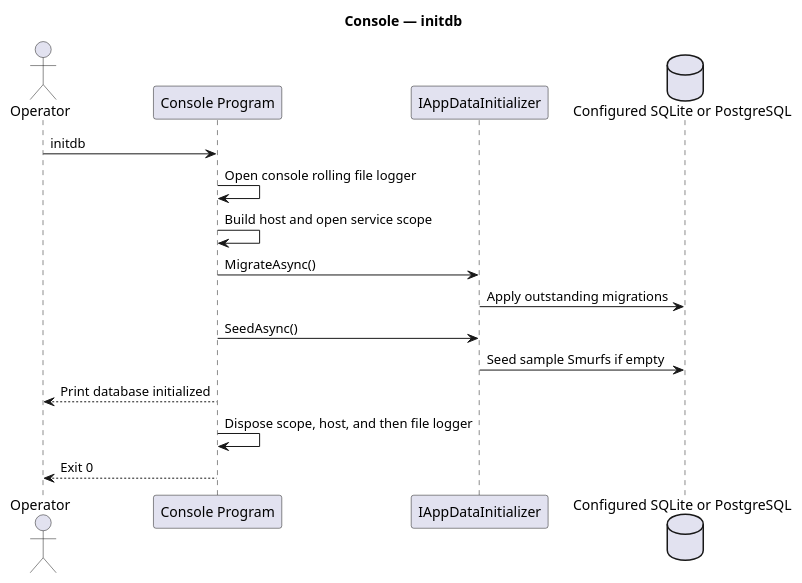
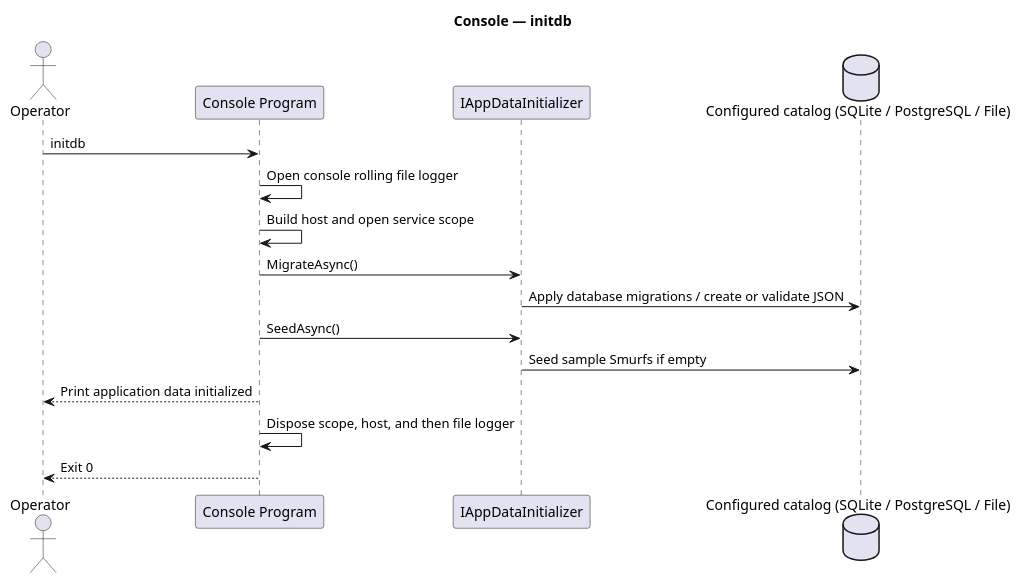
One commit to EbbeMeloSorensen/Smurfs changed the diagram in docs/behavioral/diagrams/console-initdb.puml. Above: the diagram before and after it, drawn with PlantUML. The commit also changed 35 other files, not shown here.

```diff
--- a/docs/behavioral/diagrams/console-initdb.puml
+++ b/docs/behavioral/diagrams/console-initdb.puml
@@ -1,18 +1,18 @@
 @startuml
 title Console — initdb
 actor Operator
 participant "Console Program" as CLI
 participant IAppDataInitializer as Setup
-database "Configured SQLite or PostgreSQL" as DB
+database "Configured catalog (SQLite / PostgreSQL / File)" as DB
 
 Operator -> CLI : initdb
 CLI -> CLI : Open console rolling file logger
 CLI -> CLI : Build host and open service scope
 CLI -> Setup : MigrateAsync()
-Setup -> DB : Apply outstanding migrations
+Setup -> DB : Apply database migrations / create or validate JSON
 CLI -> Setup : SeedAsync()
 Setup -> DB : Seed sample Smurfs if empty
-CLI --> Operator : Print database initialized
+CLI --> Operator : Print application data initialized
 CLI -> CLI : Dispose scope, host, and then file logger
 CLI --> Operator : Exit 0
 @enduml
```
